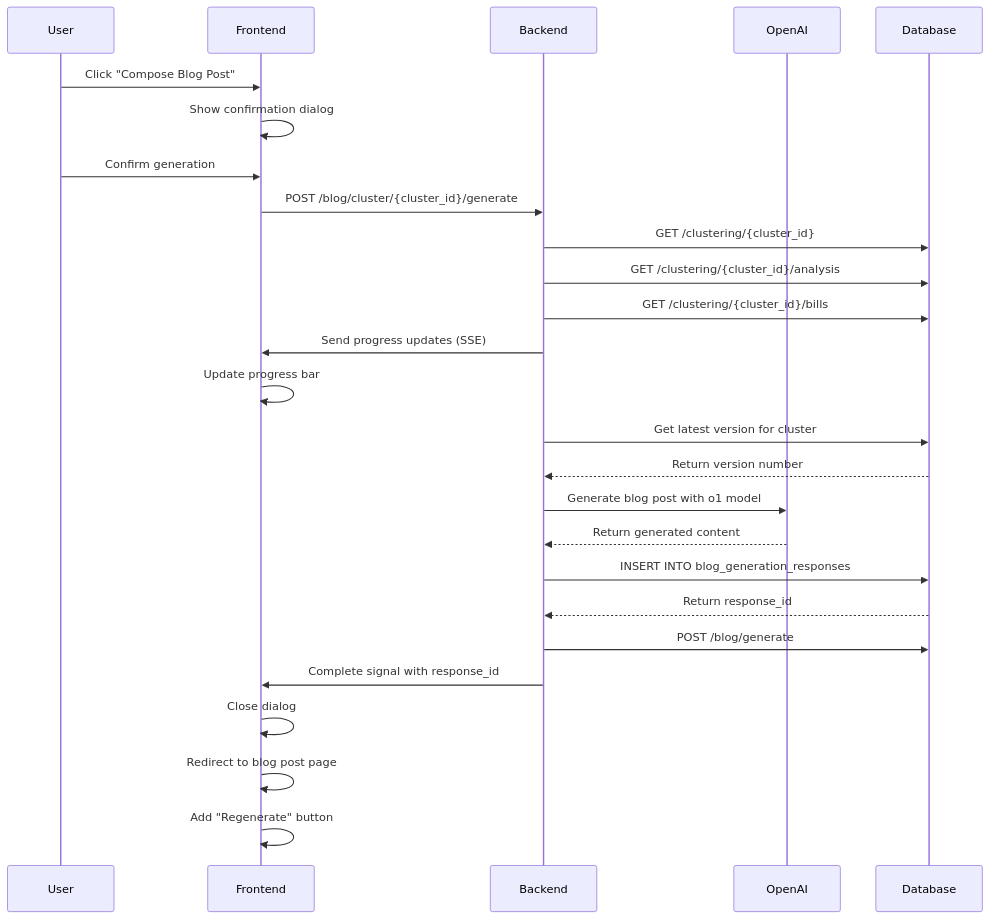
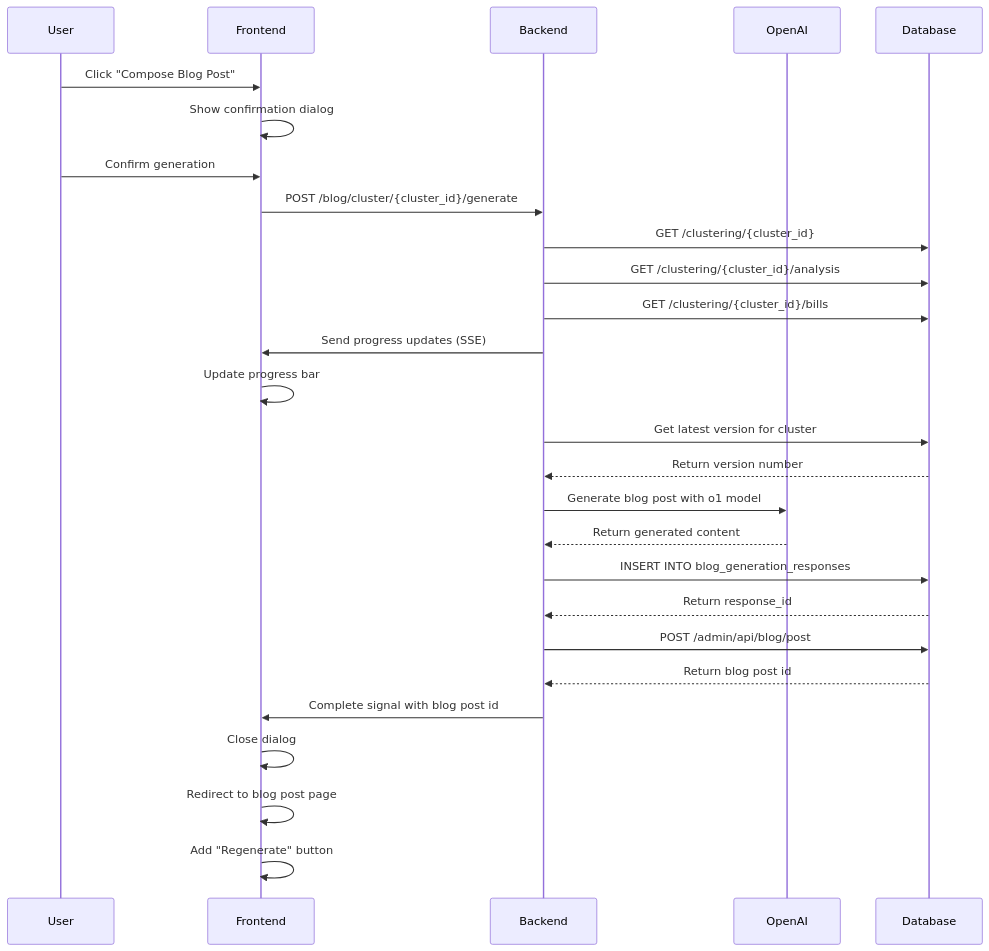
The diagram in bill-analysis-design/clustering-blogging-pipeline.md (Blue-Net-Reflections-LLC/legi-equity-monitor), drawn with Mermaid before and after one commit. The commit also changed other lines of this file and 3 other files, not shown here.

````diff
--- a/bill-analysis-design/clustering-blogging-pipeline.md
+++ b/bill-analysis-design/clustering-blogging-pipeline.md
@@ -164,36 +164,38 @@
 ```mermaid
 sequenceDiagram
     participant User
     participant Frontend
     participant Backend
     participant OpenAI
     participant Database
 
     User->>Frontend: Click "Compose Blog Post"
     Frontend->>Frontend: Show confirmation dialog
     User->>Frontend: Confirm generation
     Frontend->>Backend: POST /blog/cluster/{cluster_id}/generate
     
     Backend->>Database: GET /clustering/{cluster_id}
     Backend->>Database: GET /clustering/{cluster_id}/analysis
     Backend->>Database: GET /clustering/{cluster_id}/bills
     
     Backend->>Frontend: Send progress updates (SSE)
     Frontend->>Frontend: Update progress bar
     
     Backend->>Database: Get latest version for cluster
     Database-->>Backend: Return version number
     
     Backend->>OpenAI: Generate blog post with o1 model
     OpenAI-->>Backend: Return generated content
     
     Backend->>Database: INSERT INTO blog_generation_responses
     Database-->>Backend: Return response_id
     
-    Backend->>Database: POST /blog/generate
+    Backend->>Database: POST /admin/api/blog/post
+    Database-->>Backend: Return blog post id
     
-    Backend->>Frontend: Complete signal with response_id
+    Backend->>Frontend: Complete signal with blog post id
     Frontend->>Frontend: Close dialog
     Frontend->>Frontend: Redirect to blog post page
     Frontend->>Frontend: Add "Regenerate" button
+
 ```
````
